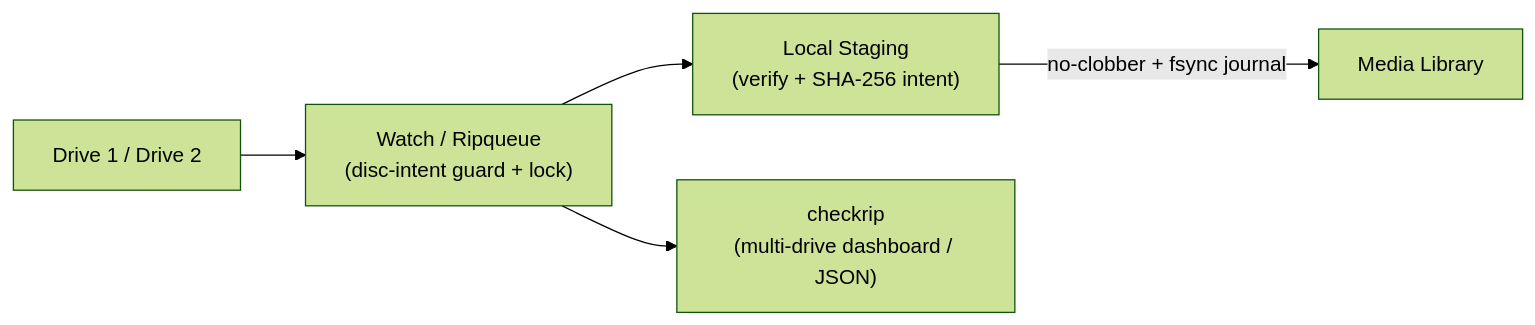
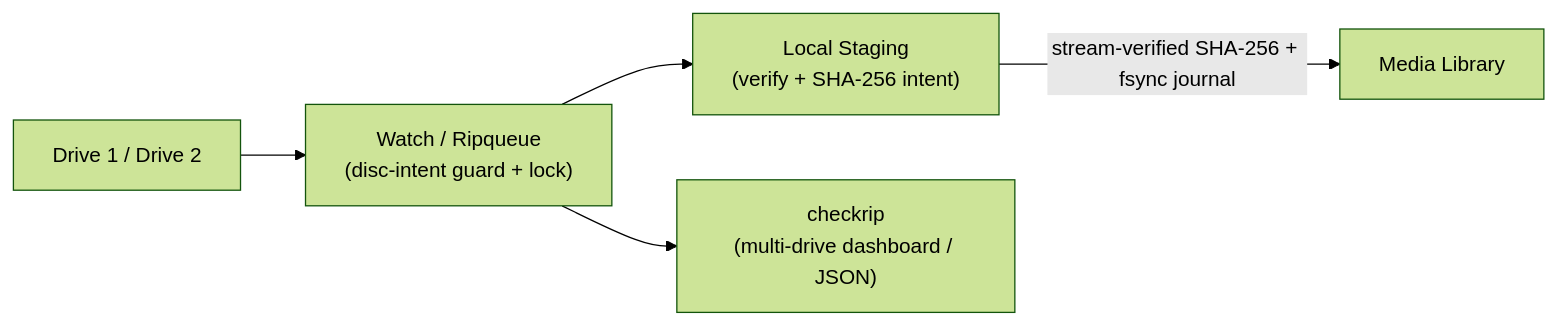
Before and after one commit to trevorgordon981/trevorgordon981: the third of 3 diagrams in README.md, drawn with Mermaid (forest theme). The commit also changed other lines of this file, not shown here.

````diff
--- a/README.md
+++ b/README.md
@@ -60,7 +60,7 @@
 ```mermaid
 flowchart LR
   D["Drive 1 / Drive 2"] --> W["Watch / Ripqueue\n(disc-intent guard + lock)"]
   W --> S["Local Staging\n(verify + SHA-256 intent)"]
-  S -->|"no-clobber + fsync journal"| N["Media Library"]
+  S -->|"stream-verified SHA-256 + fsync journal"| N["Media Library"]
   W --> C["checkrip\n(multi-drive dashboard / JSON)"]
 ```
````
